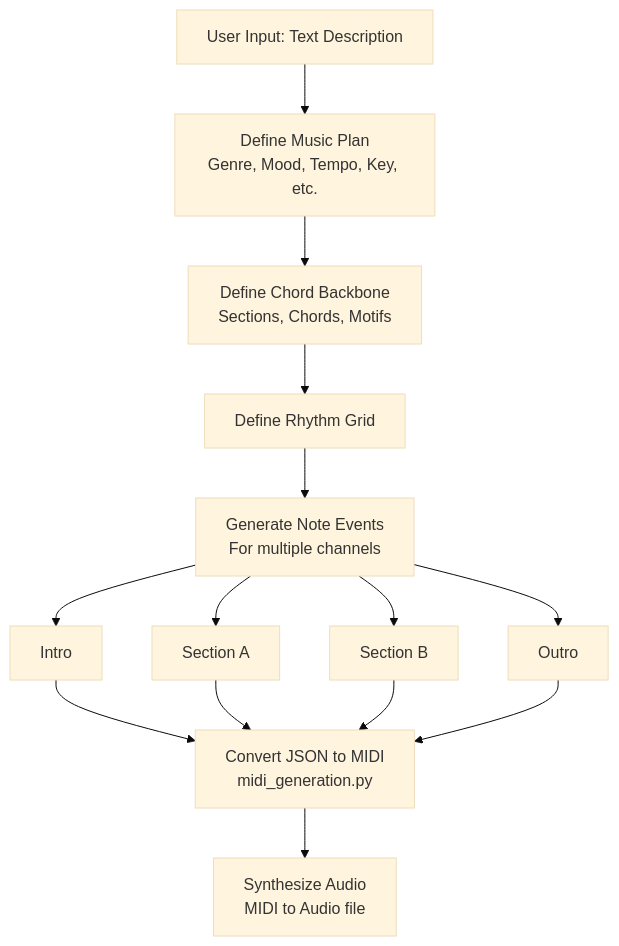
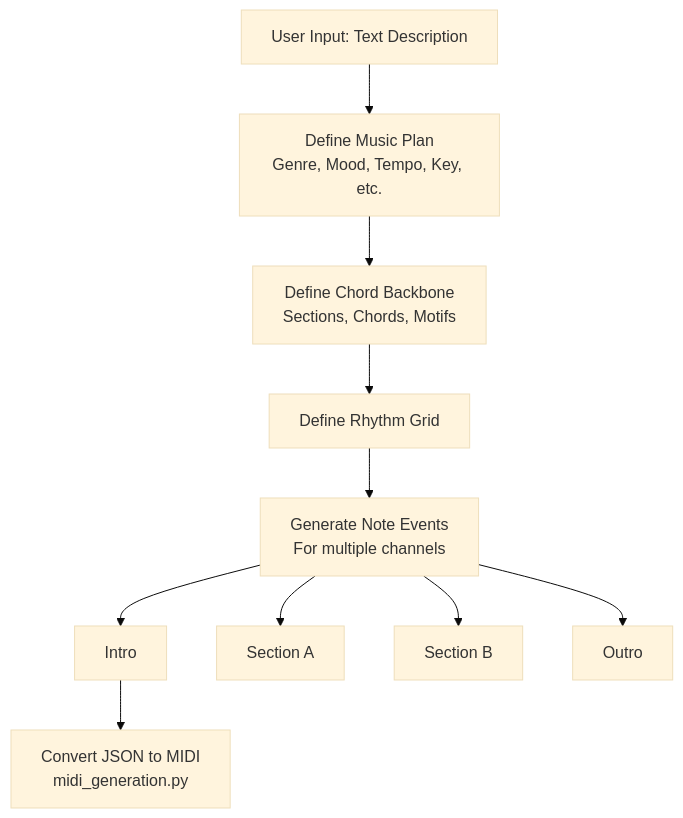
Before and after one commit to monitus2022/AnyLLM2Music-backend: the diagram in README.md, drawn with Mermaid (base theme). The commit also changed other lines of this file, not shown here.

Commit message:
Updated readme description

````diff
--- a/README.md
+++ b/README.md
@@ -9,16 +9,12 @@
 ```mermaid
 graph TD;
     A[User Input: Text Description] --> B[Define Music Plan<br/>Genre, Mood, Tempo, Key, etc.];
     B --> C[Define Chord Backbone<br/>Sections, Chords, Motifs];
     C --> D[Define Rhythm Grid];
     D --> E[Generate Note Events<br/>For multiple channels];
     E --> E1[Intro];
     E --> E2[Section A];
     E --> E3[Section B];
     E --> E4[Outro];
     E1 --> F[Convert JSON to MIDI<br/>midi_generation.py];
-    E2 --> F;
-    E3 --> F;
-    E4 --> F;
-    F --> G[Synthesize Audio<br/>MIDI to Audio file];
 ```
````
